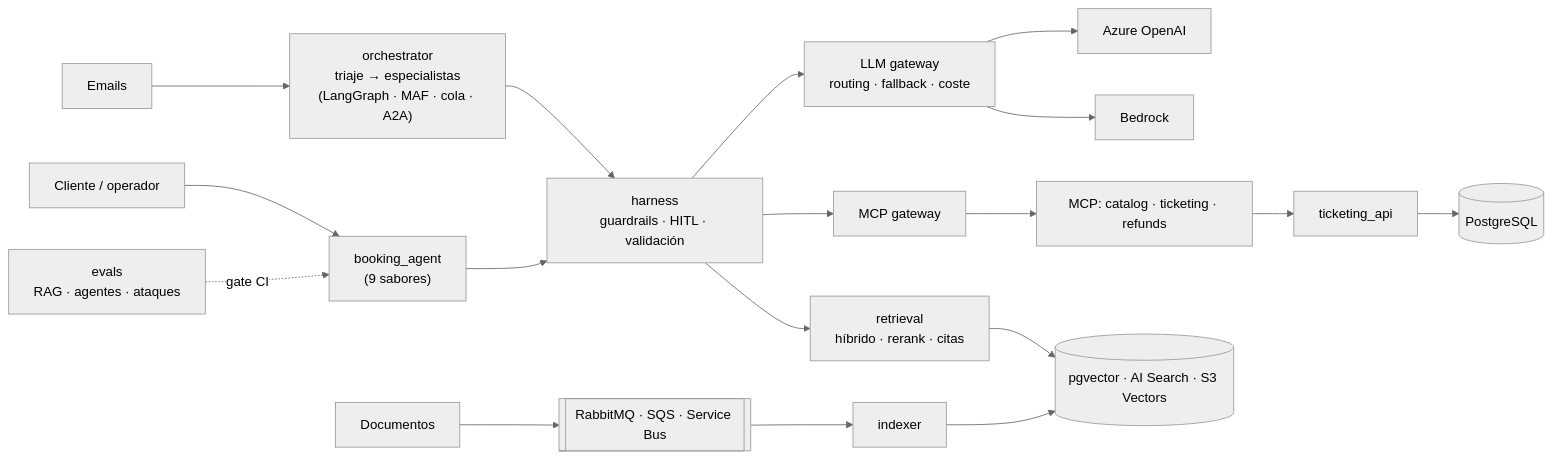
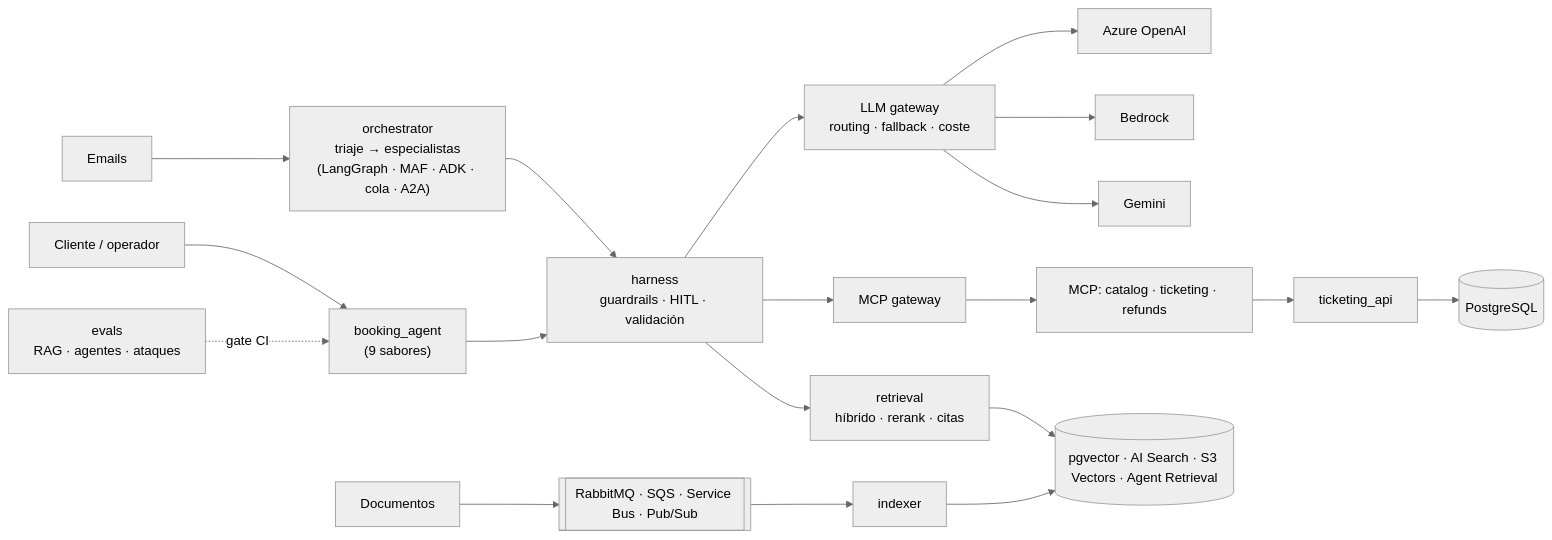
One commit to SergioVelmay/GenAI_PoCs changed the diagram in README.md. Above: the diagram before and after it, drawn with Mermaid (neutral theme). The commit also changed other lines of this file and 7 other files, not shown here.

````diff
--- a/README.md
+++ b/README.md
@@ -14,15 +13,16 @@
 ```mermaid
 flowchart LR
   U[Cliente / operador] --> AG["booking_agent<br/>(9 sabores)"]
-  EM[Emails] --> OR["orchestrator<br/>triaje → especialistas<br/>(LangGraph · MAF · cola · A2A)"]
+  EM[Emails] --> OR["orchestrator<br/>triaje → especialistas<br/>(LangGraph · MAF · ADK · cola · A2A)"]
   OR --> H
   AG --> H["harness<br/>guardrails · HITL · validación"]
   H --> GW["LLM gateway<br/>routing · fallback · coste"]
   GW --> AZ[Azure OpenAI]
   GW --> BR[Bedrock]
+  GW --> GE[Gemini]
   H --> MCPG["MCP gateway"] --> MCP["MCP: catalog · ticketing · refunds"]
   MCP --> API["ticketing_api"] --> PG[(PostgreSQL)]
-  H --> RET["retrieval<br/>híbrido · rerank · citas"] --> VS[(pgvector · AI Search · S3 Vectors)]
-  SRC[Documentos] --> Q[[RabbitMQ · SQS · Service Bus]] --> IDX[indexer] --> VS
+  H --> RET["retrieval<br/>híbrido · rerank · citas"] --> VS[(pgvector · AI Search · S3 Vectors · Agent Retrieval)]
+  SRC[Documentos] --> Q[[RabbitMQ · SQS · Service Bus · Pub/Sub]] --> IDX[indexer] --> VS
   EV["evals<br/>RAG · agentes · ataques"] -.gate CI.-> AG
 ```
````
